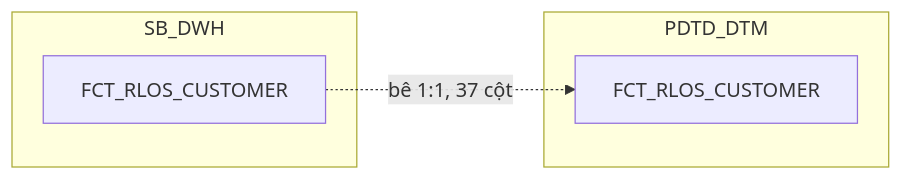
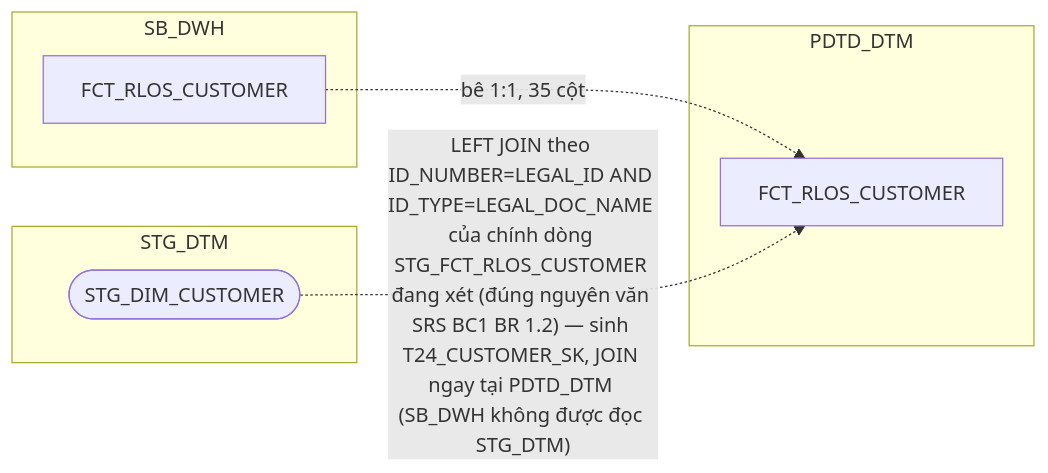
One commit to chien1198/sb-mapping-gen changed diagram 18 of 19 in hld/hld_review/HLD_FCT_PDTD_DTM_review.md. Above: the diagram before and after it, drawn with Mermaid. The commit also changed other lines of this file and 3 other files, not shown here.

````diff
--- a/hld/hld_review/HLD_FCT_PDTD_DTM_review.md
+++ b/hld/hld_review/HLD_FCT_PDTD_DTM_review.md
@@ -1161,10 +1163,14 @@
 ```mermaid
 flowchart LR
     subgraph SB_DWH
         C["FCT_RLOS_CUSTOMER"]
     end
+    subgraph STG_DTM
+        T(["STG_DIM_CUSTOMER"])
+    end
     subgraph PDTD_DTM
         D["FCT_RLOS_CUSTOMER"]
     end
-    C -.->|"bê 1:1, 37 cột"| D
+    C -.->|"bê 1:1, 35 cột"| D
+    T -.->|"LEFT JOIN theo ID_NUMBER=LEGAL_ID AND ID_TYPE=LEGAL_DOC_NAME của chính dòng STG_FCT_RLOS_CUSTOMER đang xét (đúng nguyên văn SRS BC1 BR 1.2) — sinh T24_CUSTOMER_SK, JOIN ngay tại PDTD_DTM (SB_DWH không được đọc STG_DTM)"| D
 ```
````
